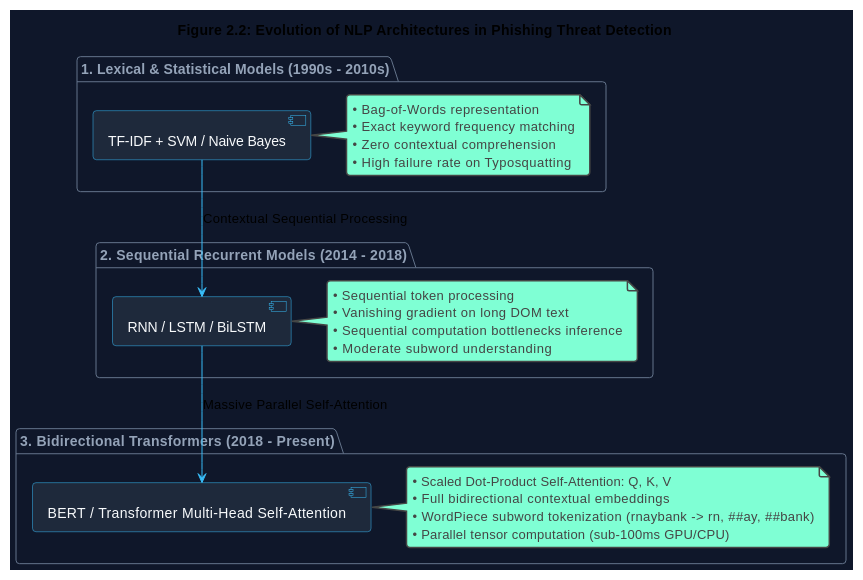
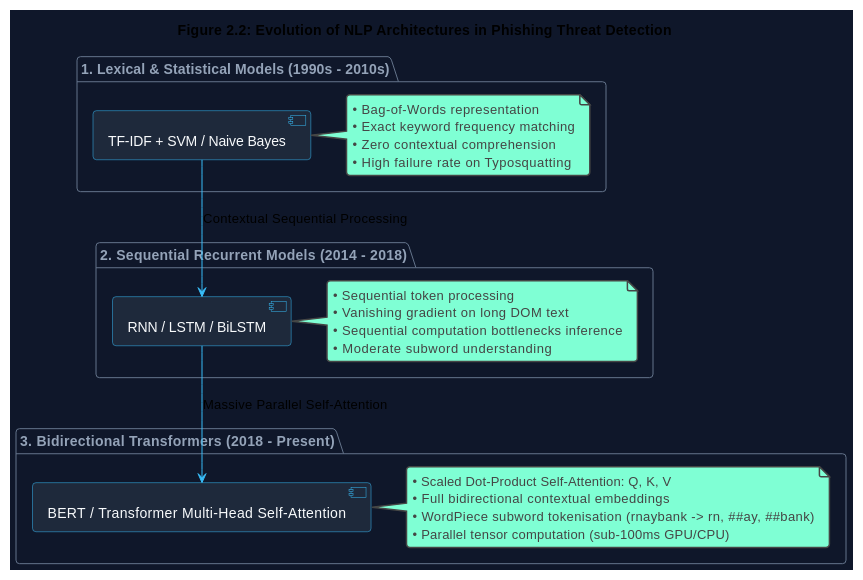
One commit to KunTheNoobie/PhishGuard-AI-Complete changed the second of 4 diagrams in report/Chapter_2_Literature_Review.md. Above: the diagram before and after it, drawn with PlantUML. The commit also changed other lines of this file, not shown here.

````diff
--- a/report/Chapter_2_Literature_Review.md
+++ b/report/Chapter_2_Literature_Review.md
@@ -269,48 +269,48 @@
 ```plantuml
 @startuml NLP_Evolution_Chapter_2
 !theme vibrant
 skinparam backgroundColor #0f172a
 skinparam ArrowColor #38bdf8
 skinparam ComponentBorderColor #38bdf8
 skinparam ComponentBackgroundColor #1e293b
 skinparam ComponentFontColor #f8fafc
 skinparam PackageBorderColor #64748b
 skinparam PackageFontColor #94a3b8
 
 title Figure 2.2: Evolution of NLP Architectures in Phishing Threat Detection
 
 package "1. Lexical & Statistical Models (1990s - 2010s)" {
     [TF-IDF + SVM / Naive Bayes] as TFIDF
     note right of TFIDF
       • Bag-of-Words representation
       • Exact keyword frequency matching
       • Zero contextual comprehension
       • High failure rate on Typosquatting
     end note
 }
 
 package "2. Sequential Recurrent Models (2014 - 2018)" {
     [RNN / LSTM / BiLSTM] as LSTM
     note right of LSTM
       • Sequential token processing
       • Vanishing gradient on long DOM text
       • Sequential computation bottlenecks inference
       • Moderate subword understanding
     end note
 }
 
 package "3. Bidirectional Transformers (2018 - Present)" {
     [BERT / Transformer Multi-Head Self-Attention] as BERT
     note right of BERT
       • Scaled Dot-Product Self-Attention: Q, K, V
       • Full bidirectional contextual embeddings
-      • WordPiece subword tokenization (rnaybank -> rn, ##ay, ##bank)
+      • WordPiece subword tokenisation (rnaybank -> rn, ##ay, ##bank)
       • Parallel tensor computation (sub-100ms GPU/CPU)
     end note
 }
 
 TFIDF -down-> LSTM : Contextual Sequential Processing
 LSTM -down-> BERT : Massive Parallel Self-Attention
 
 @enduml
 ```
````
